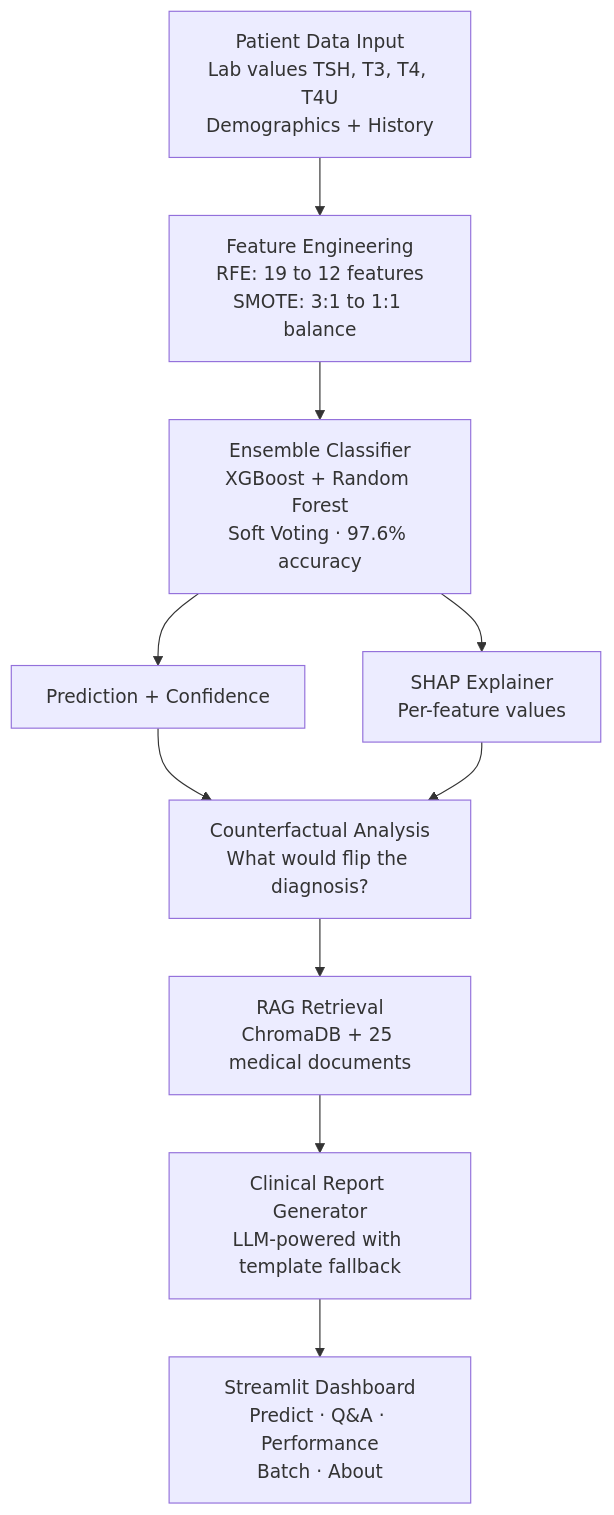
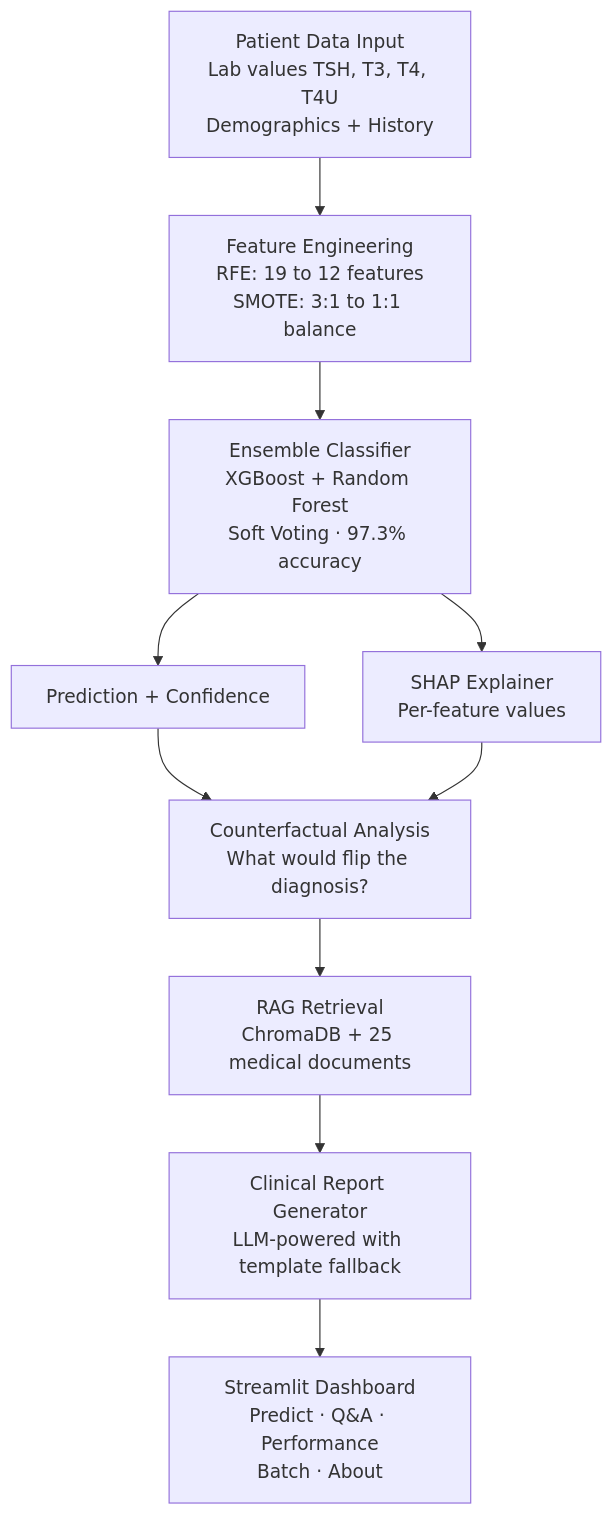
The diagram in README.md (prasad0411/Thyroid-Disease-Classification), drawn with Mermaid before and after one commit. The commit also changed other lines of this file and 2 other files, not shown here.

````diff
--- a/README.md
+++ b/README.md
@@ -14,24 +14,24 @@
 ```mermaid
 flowchart TD
     A["Patient Data Input
 Lab values TSH, T3, T4, T4U
 Demographics + History"] --> B["Feature Engineering
 RFE: 19 to 12 features
 SMOTE: 3:1 to 1:1 balance"]
     B --> C["Ensemble Classifier
 XGBoost + Random Forest
-Soft Voting · 97.6% accuracy"]
+Soft Voting · 97.3% accuracy"]
     C --> D["Prediction + Confidence"]
     C --> E["SHAP Explainer
 Per-feature values"]
     D --> F["Counterfactual Analysis
 What would flip the diagnosis?"]
     E --> F
     F --> G["RAG Retrieval
 ChromaDB + 25 medical documents"]
     G --> H["Clinical Report Generator
 LLM-powered with template fallback"]
     H --> I["Streamlit Dashboard
 Predict · Q&A · Performance
 Batch · About"]
 ```
````
